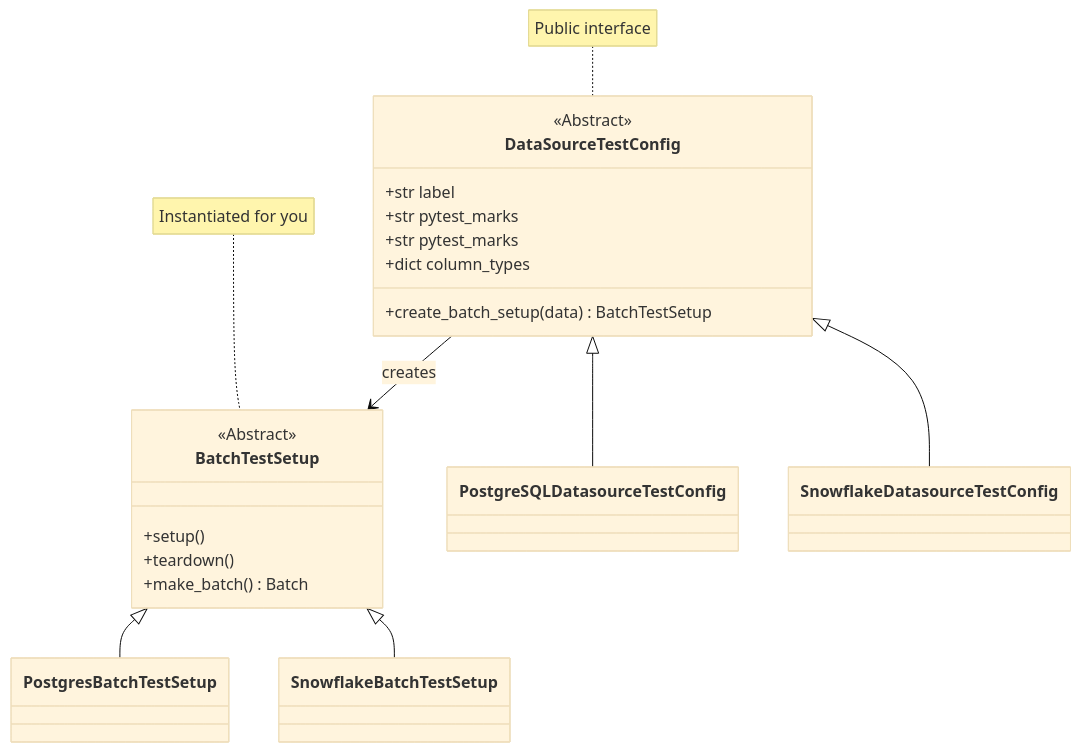
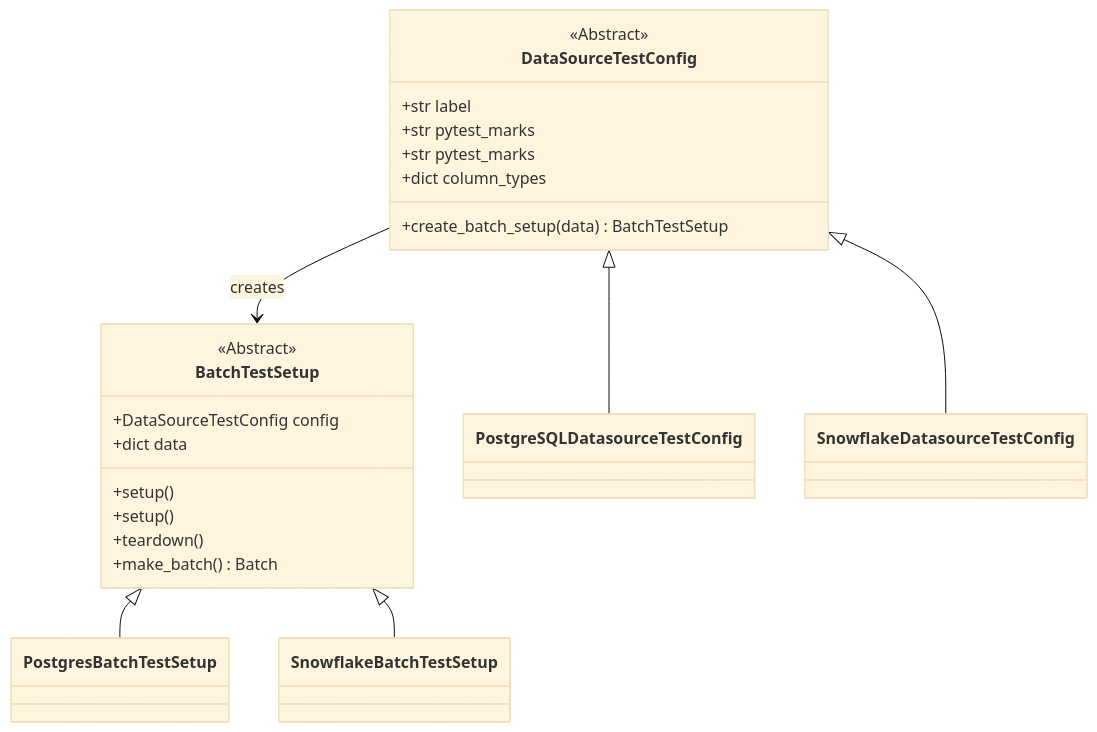
The first of 2 diagrams in tests/integration/data_sources_and_expectations/how_it_works.md (fivetran/great_expectations), drawn with Mermaid (base theme) before and after one commit. The commit also changed other lines of this file, not shown here.

````diff
--- a/tests/integration/data_sources_and_expectations/how_it_works.md
+++ b/tests/integration/data_sources_and_expectations/how_it_works.md
@@ -4,28 +13,28 @@
 ```mermaid
 classDiagram
     class DataSourceTestConfig
     class BatchTestSetup
 
     DataSourceTestConfig <|-- PostgreSQLDatasourceTestConfig
     DataSourceTestConfig <|-- SnowflakeDatasourceTestConfig
     BatchTestSetup <|-- PostgresBatchTestSetup
     BatchTestSetup <|-- SnowflakeBatchTestSetup
 
     <<Abstract>> DataSourceTestConfig
     <<Abstract>> BatchTestSetup
 
-    note for DataSourceTestConfig "Public interface"
-    note for BatchTestSetup "Instantiated for you"
-
     DataSourceTestConfig : +str label
     DataSourceTestConfig : +str pytest_marks
     DataSourceTestConfig : +str pytest_marks
     DataSourceTestConfig : +dict column_types
     DataSourceTestConfig : +create_batch_setup(data) BatchTestSetup
 
+    BatchTestSetup  : +DataSourceTestConfig config
+    BatchTestSetup  : +dict data
+    BatchTestSetup  : +setup()
     BatchTestSetup  : +setup()
     BatchTestSetup  : +teardown()
     BatchTestSetup  : +make_batch() Batch
 
     DataSourceTestConfig  --> BatchTestSetup: creates
 ```
````
